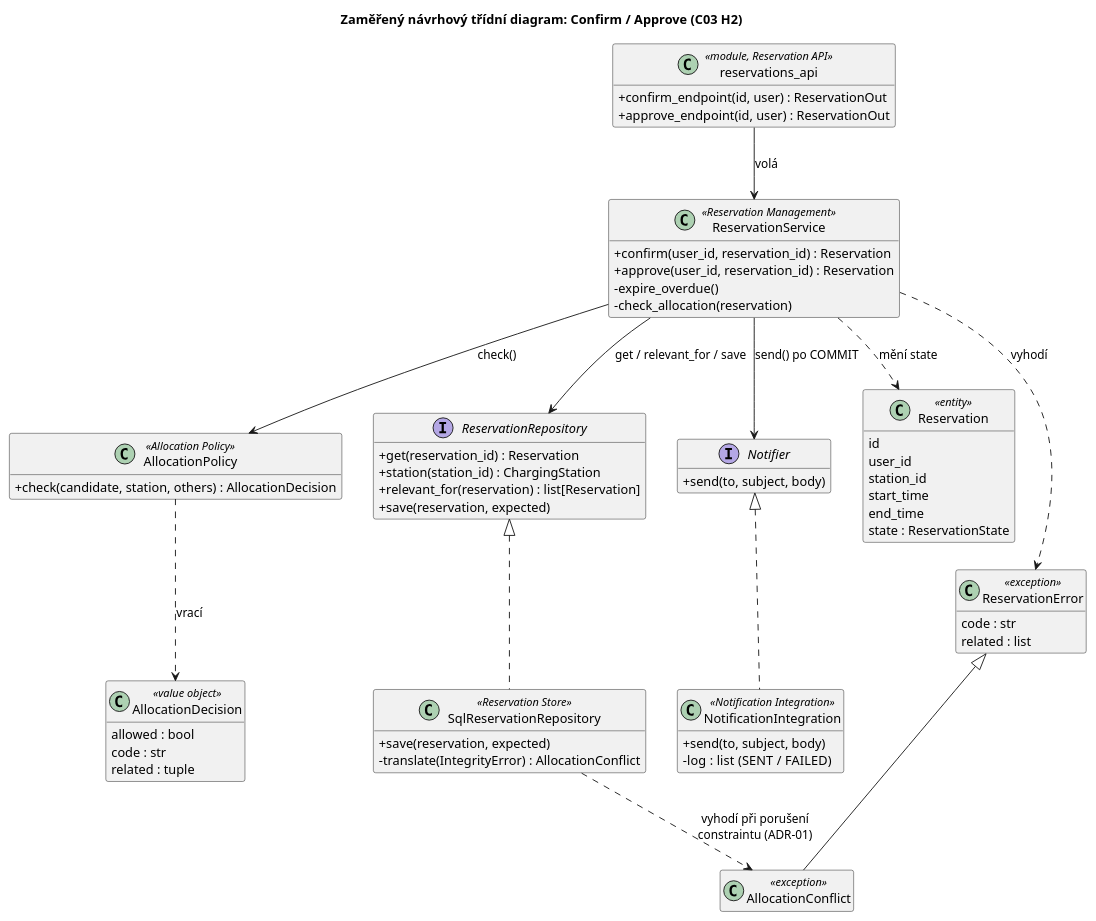
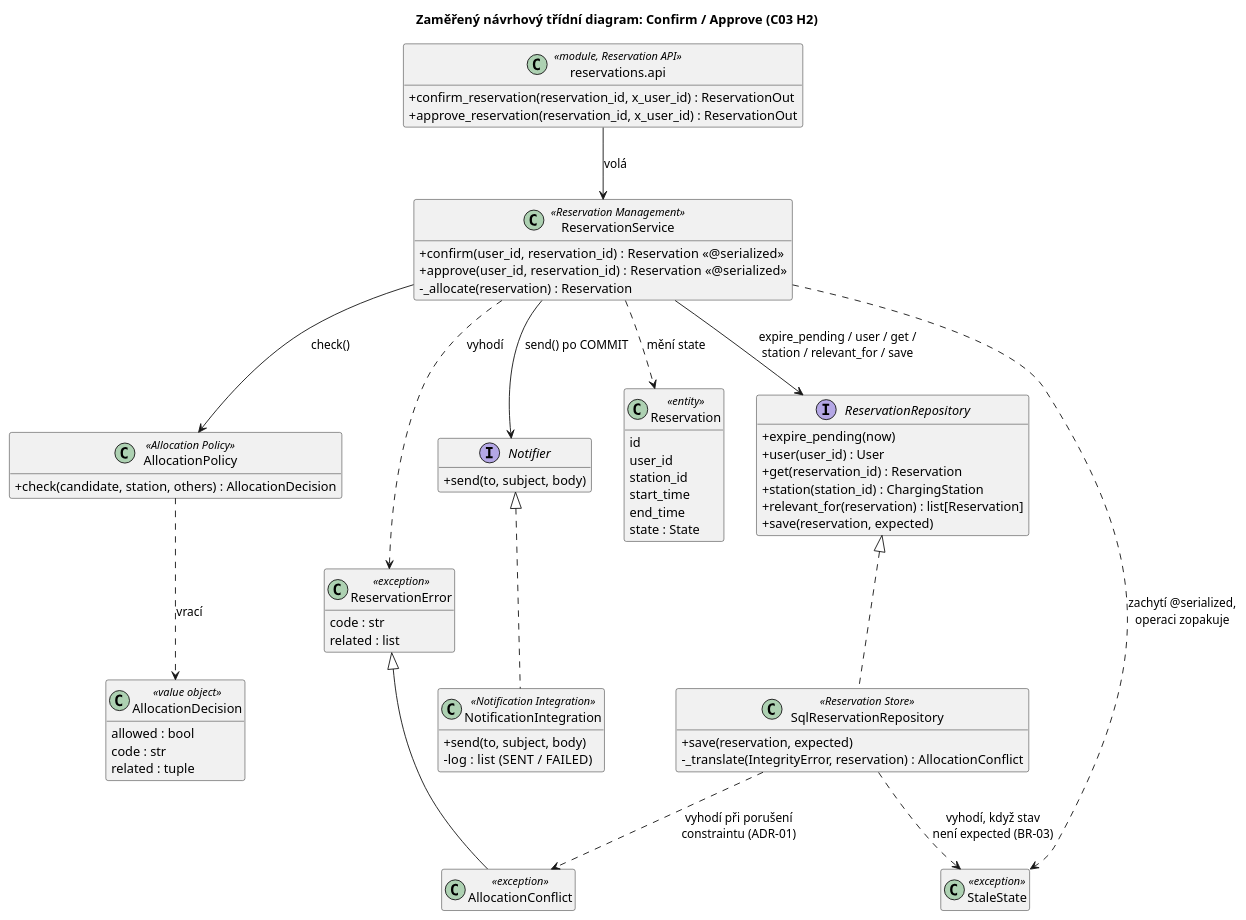
One commit to alexejjuzaninov/EC-reservationSystem changed the diagram in docs/diagrams/c03-design-classes.puml. Above: the diagram before and after it, drawn with PlantUML. The commit also changed 7 other files, not shown here.

```diff
--- a/docs/diagrams/c03-design-classes.puml
+++ b/docs/diagrams/c03-design-classes.puml
@@ -1,76 +1,81 @@
 @startuml c03-design-classes
 title Zaměřený návrhový třídní diagram: Confirm / Approve (C03 H2)
 skinparam classAttributeIconSize 0
 hide empty members
 
-class "reservations_api" as API <<module, Reservation API>> {
-  + confirm_endpoint(id, user) : ReservationOut
-  + approve_endpoint(id, user) : ReservationOut
+class "reservations.api" as API <<module, Reservation API>> {
+  + confirm_reservation(reservation_id, x_user_id) : ReservationOut
+  + approve_reservation(reservation_id, x_user_id) : ReservationOut
 }
 
 class ReservationService <<Reservation Management>> {
-  + confirm(user_id, reservation_id) : Reservation
-  + approve(user_id, reservation_id) : Reservation
-  - expire_overdue()
-  - check_allocation(reservation)
+  + confirm(user_id, reservation_id) : Reservation  «@serialized»
+  + approve(user_id, reservation_id) : Reservation  «@serialized»
+  - _allocate(reservation) : Reservation
 }
 
 class AllocationPolicy <<Allocation Policy>> {
   + check(candidate, station, others) : AllocationDecision
 }
 
 class AllocationDecision <<value object>> {
   allowed : bool
   code : str
   related : tuple
 }
 
 interface ReservationRepository {
+  + expire_pending(now)
+  + user(user_id) : User
   + get(reservation_id) : Reservation
   + station(station_id) : ChargingStation
   + relevant_for(reservation) : list[Reservation]
   + save(reservation, expected)
 }
 
 class SqlReservationRepository <<Reservation Store>> {
   + save(reservation, expected)
-  - translate(IntegrityError) : AllocationConflict
+  - _translate(IntegrityError, reservation) : AllocationConflict
 }
 
 interface Notifier {
   + send(to, subject, body)
 }
 
 class NotificationIntegration <<Notification Integration>> {
   + send(to, subject, body)
   - log : list  (SENT / FAILED)
 }
 
 class Reservation <<entity>> {
   id
   user_id
   station_id
   start_time
   end_time
-  state : ReservationState
+  state : State
 }
 
 class ReservationError <<exception>> {
   code : str
   related : list
 }
 
 class AllocationConflict <<exception>>
 
+class StaleState <<exception>>
+
 API --> ReservationService : volá
 ReservationService --> AllocationPolicy : check()
-ReservationService --> ReservationRepository : get / relevant_for / save
+ReservationService --> ReservationRepository : expire_pending / user / get /\nstation / relevant_for / save
 ReservationService --> Notifier : send() po COMMIT
 ReservationService ..> Reservation : mění state
 AllocationPolicy ..> AllocationDecision : vrací
 ReservationRepository <|.. SqlReservationRepository
 Notifier <|.. NotificationIntegration
 SqlReservationRepository ..> AllocationConflict : vyhodí při porušení\nconstraintu (ADR-01)
+SqlReservationRepository ..> StaleState : vyhodí, když stav\nnení expected (BR-03)
 ReservationError <|-- AllocationConflict
 ReservationService ..> ReservationError : vyhodí
+ReservationService ..> StaleState : zachytí @serialized,\noperaci zopakuje
 @enduml
```
